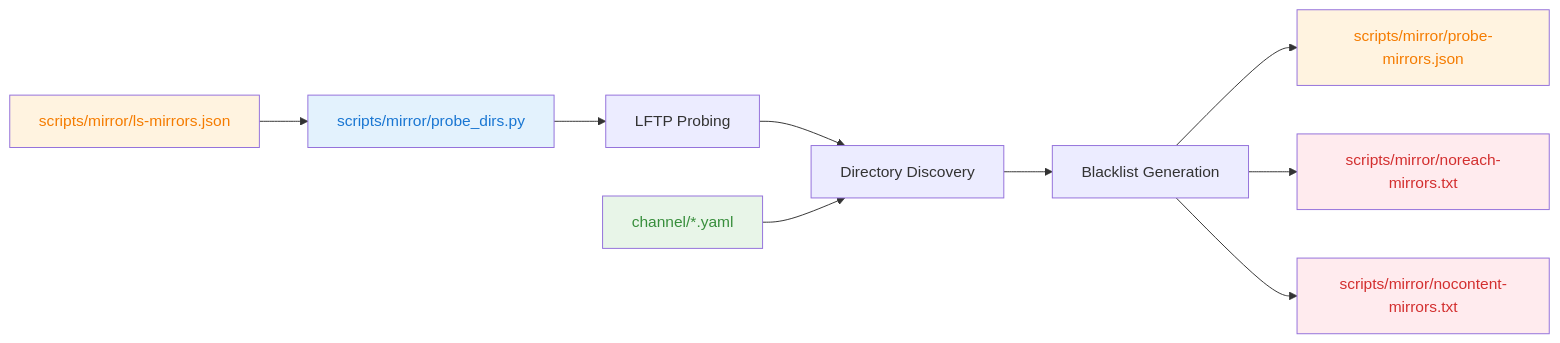
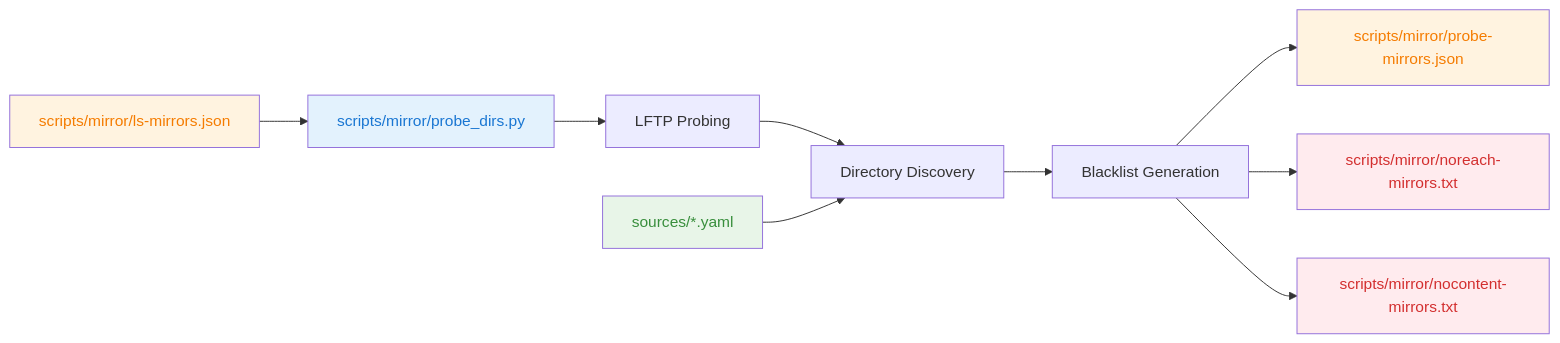
One commit to xiaobingling93-pixel/openeuler-epkg changed the fourth of 6 diagrams in scripts/mirror/usage.md. Above: the diagram before and after it, drawn with Mermaid. The commit also changed other lines of this file and 49 other files, not shown here.

Commit message:
Rename channel/ to sources/

````diff
--- a/scripts/mirror/usage.md
+++ b/scripts/mirror/usage.md
@@ -200,19 +200,19 @@
 ```mermaid
 graph LR
     A[scripts/mirror/ls-mirrors.json] --> B[scripts/mirror/probe_dirs.py]
     B --> C[LFTP Probing]
     C --> D[Directory Discovery]
     D --> E[Blacklist Generation]
     E --> F[scripts/mirror/probe-mirrors.json]
     E --> H[scripts/mirror/noreach-mirrors.txt]
     E --> I[scripts/mirror/nocontent-mirrors.txt]
 
-    J[channel/*.yaml] --> D
+    J[sources/*.yaml] --> D
 
     style B fill:#e3f2fd,color:#1976d2
     style A fill:#fff3e0,color:#f57c00
     style F fill:#fff3e0,color:#f57c00
     style H fill:#ffebee,color:#d32f2f
     style I fill:#ffebee,color:#d32f2f
     style J fill:#e8f5e8,color:#388e3c
 ```
````
